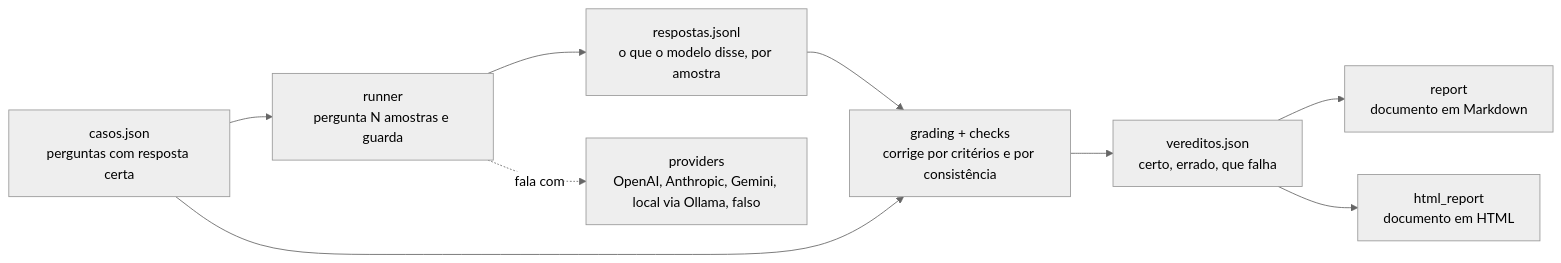
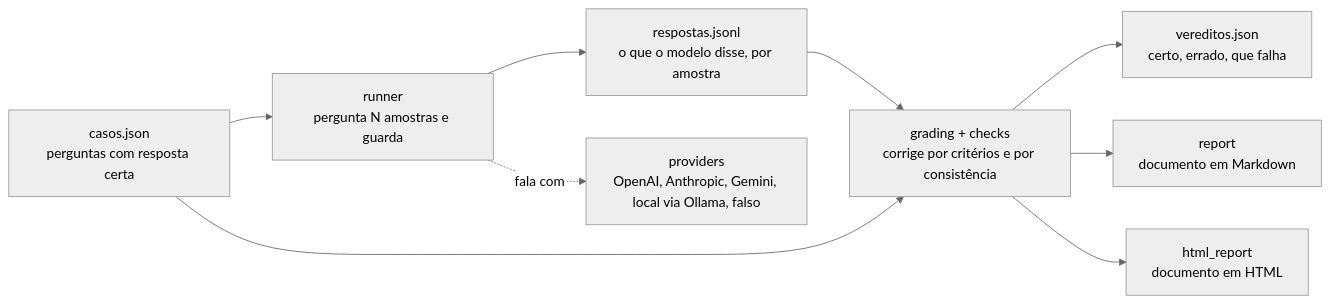
The diagram in docs/ARQUITETURA.md (fabiomalves84-sketch/aferidor), drawn with Mermaid (neutral theme) before and after one commit. The commit also changed other lines of this file and 15 other files, not shown here.

````diff
--- a/docs/ARQUITETURA.md
+++ b/docs/ARQUITETURA.md
@@ -6,11 +6,11 @@
 ```mermaid
 flowchart LR
     A[casos.json<br/>perguntas com resposta certa] --> B[runner<br/>pergunta N amostras e guarda]
     B --> C[respostas.jsonl<br/>o que o modelo disse, por amostra]
     C --> D[grading + checks<br/>corrige por critérios e por consistência]
     A --> D
     D --> E[vereditos.json<br/>certo, errado, que falha]
-    E --> F[report<br/>documento em Markdown]
-    E --> G[html_report<br/>documento em HTML]
+    D --> F[report<br/>documento em Markdown]
+    D --> G[html_report<br/>documento em HTML]
     B -.fala com.-> P[providers<br/>OpenAI, Anthropic, Gemini, local via Ollama, falso]
 ```
````
